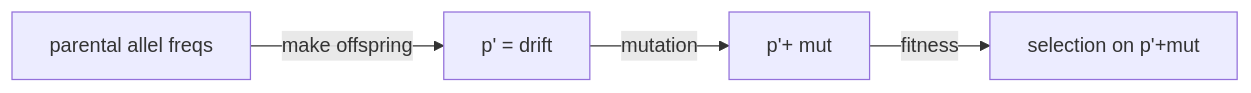
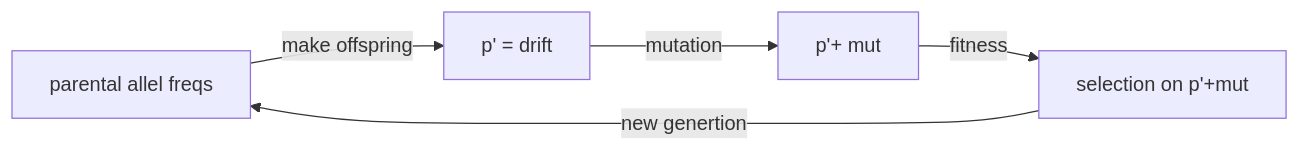
One commit to Jcbnunez/uvm-fqr changed the fourth of 4 diagrams in Lectures/Lect5_Simulation_frameworks.md. Above: the diagram before and after it, drawn with Mermaid. The commit also changed other lines of this file, not shown here.

````diff
--- a/Lectures/Lect5_Simulation_frameworks.md
+++ b/Lectures/Lect5_Simulation_frameworks.md
@@ -104,4 +104,4 @@
 ```mermaid
 graph LR
-a[parental allel freqs] --make offspring--> b[p' = drift] --mutation--> c[p'+ mut] --fitness --> d[selection on p'+mut]
+a[parental allel freqs] --make offspring--> b[p' = drift] --mutation--> c[p'+ mut] --fitness --> d[selection on p'+mut] --new genertion-->a
 ```
````
